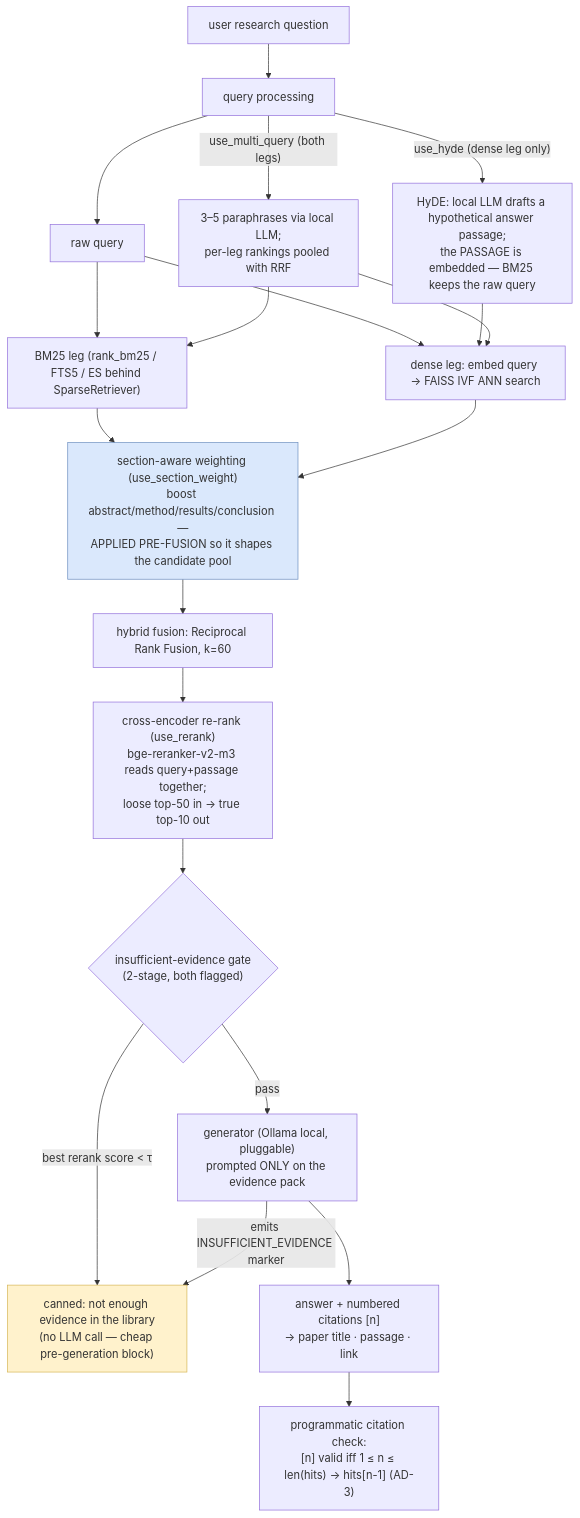
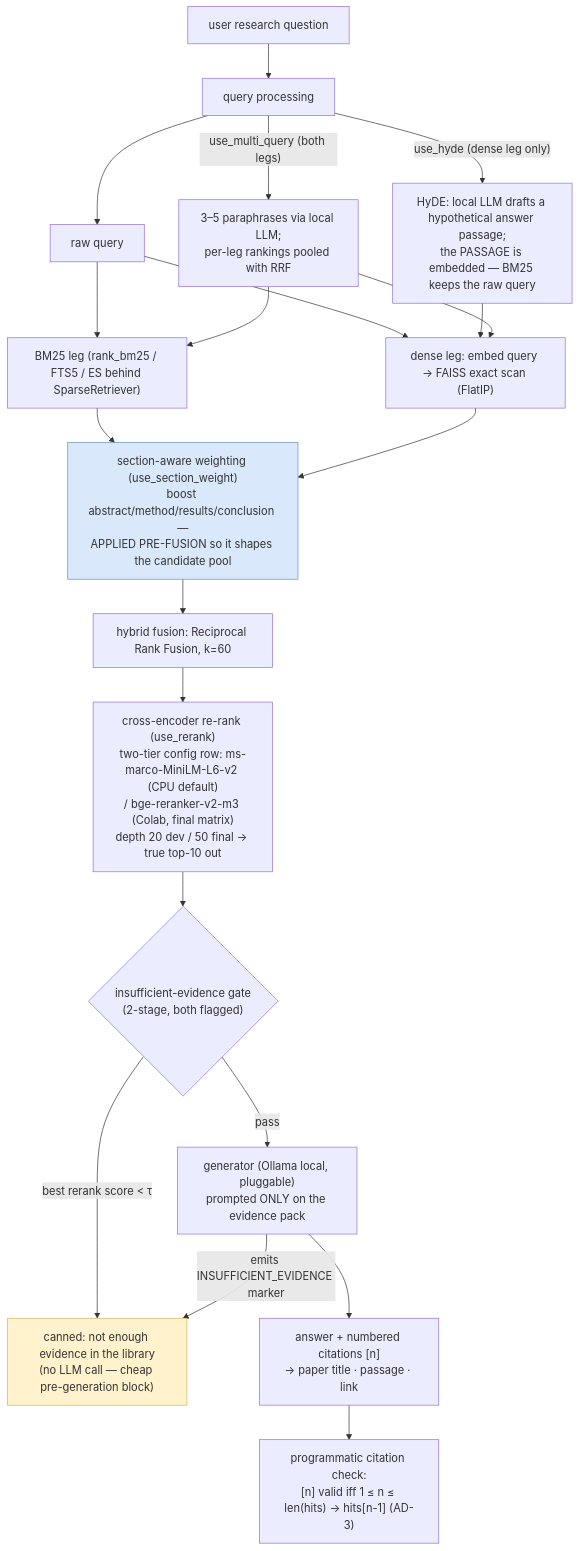
Before and after one commit to kieusontungwork-oss/NLPProject: the fifth of 6 diagrams in docs/architecture/system-architecture.md, drawn with Mermaid. The commit also changed other lines of this file and 11 other files, not shown here.

Commit message:
doc: Adopt PR#1 review — measure KB yield/years (cs.* filter decision), fix eval methodology (pooling, Recall@10, 100q unanswerable split, fixed judge + cache), metadata join, exact FAISS default, two-tier reranker, section-aware depth

````diff
--- a/docs/architecture/system-architecture.md
+++ b/docs/architecture/system-architecture.md
@@ -92,30 +93,30 @@
 ```mermaid
 flowchart TD
     Q["user research question"] --> QP["query processing"]
 
     QP -->|"use_hyde (dense leg only)"| HYDE["HyDE: local LLM drafts a hypothetical answer passage;<br/>the PASSAGE is embedded — BM25 keeps the raw query"]
     QP -->|"use_multi_query (both legs)"| MQ["3–5 paraphrases via local LLM;<br/>per-leg rankings pooled with RRF"]
     QP --> RAWQ["raw query"]
 
     RAWQ --> SPARSE["BM25 leg (rank_bm25 / FTS5 / ES behind SparseRetriever)"]
     MQ --> SPARSE
-    RAWQ --> DENSE["dense leg: embed query → FAISS IVF ANN search"]
+    RAWQ --> DENSE["dense leg: embed query → FAISS exact scan (FlatIP)"]
     HYDE --> DENSE
     MQ --> DENSE
 
     SPARSE --> SECTW["section-aware weighting (use_section_weight)<br/>boost abstract/method/results/conclusion —<br/>APPLIED PRE-FUSION so it shapes the candidate pool"]
     DENSE --> SECTW
 
     SECTW --> RRF["hybrid fusion: Reciprocal Rank Fusion, k=60"]
-    RRF --> RR["cross-encoder re-rank (use_rerank)<br/>bge-reranker-v2-m3 reads query+passage together;<br/>loose top-50 in → true top-10 out"]
+    RRF --> RR["cross-encoder re-rank (use_rerank)<br/>two-tier config row: ms-marco-MiniLM-L6-v2 (CPU default)<br/>/ bge-reranker-v2-m3 (Colab, final matrix)<br/>depth 20 dev / 50 final → true top-10 out"]
 
     RR --> GATE{"insufficient-evidence gate<br/>(2-stage, both flagged)"}
     GATE -->|"best rerank score < τ"| CANNED["canned: not enough evidence in the library<br/>(no LLM call — cheap pre-generation block)"]
     GATE -->|"pass"| GEN["generator (Ollama local, pluggable)<br/>prompted ONLY on the evidence pack"]
     GEN -->|"emits INSUFFICIENT_EVIDENCE marker"| CANNED
     GEN --> ANS["answer + numbered citations [n]<br/>→ paper title · passage · link"]
     ANS --> CHK["programmatic citation check:<br/>[n] valid iff 1 ≤ n ≤ len(hits) → hits[n-1] (AD-3)"]
 
     style CANNED fill:#fff2cc,stroke:#d6b656
     style SECTW fill:#dae8fc,stroke:#6c8ebf
 ```
````
